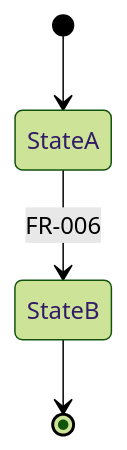
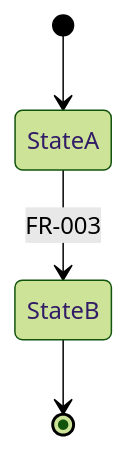
One commit to ryukirin/spec-kit-preset-review-layout changed the fourth of 4 diagrams in templates/spec-template.md. Above: the diagram before and after it, drawn with Mermaid (forest theme). The commit also changed other lines of this file and 7 other files, not shown here.

````diff
--- a/templates/spec-template.md
+++ b/templates/spec-template.md
@@ -56,6 +56,6 @@
 ```mermaid
 stateDiagram-v2
   [*] --> StateA
-  StateA --> StateB: FR-006
+  StateA --> StateB: FR-003
   StateB --> [*]
 ```
````
